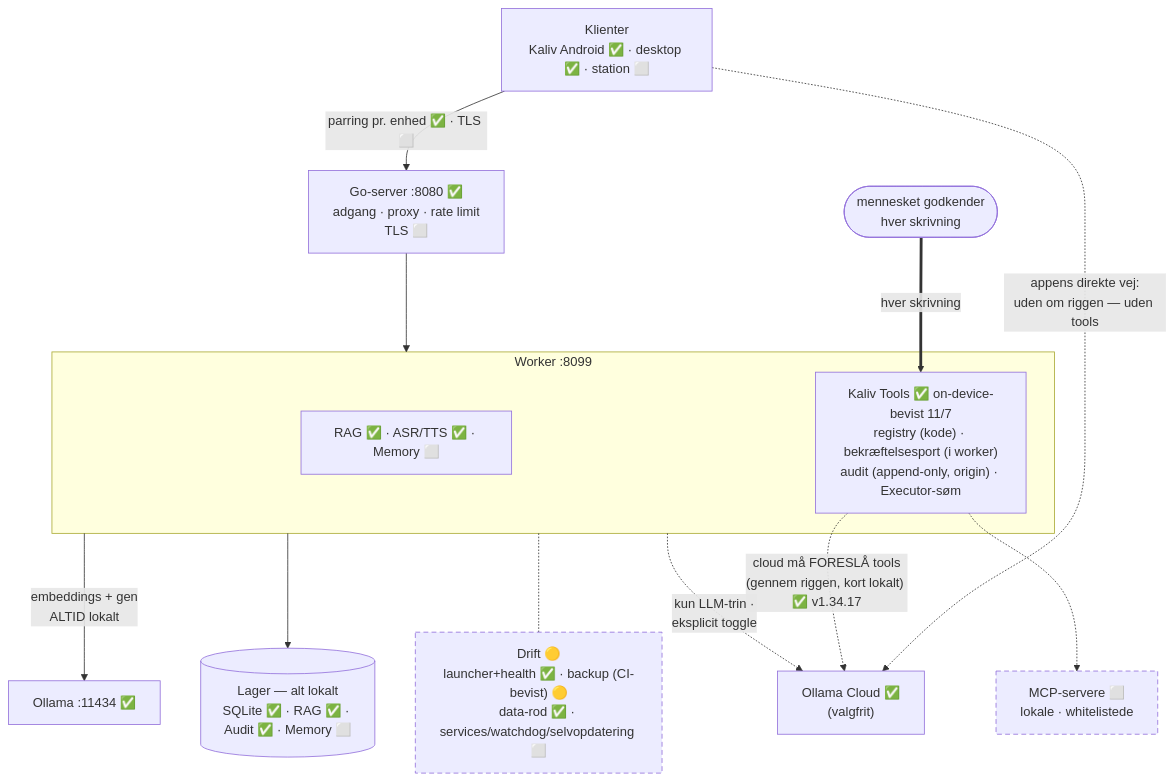
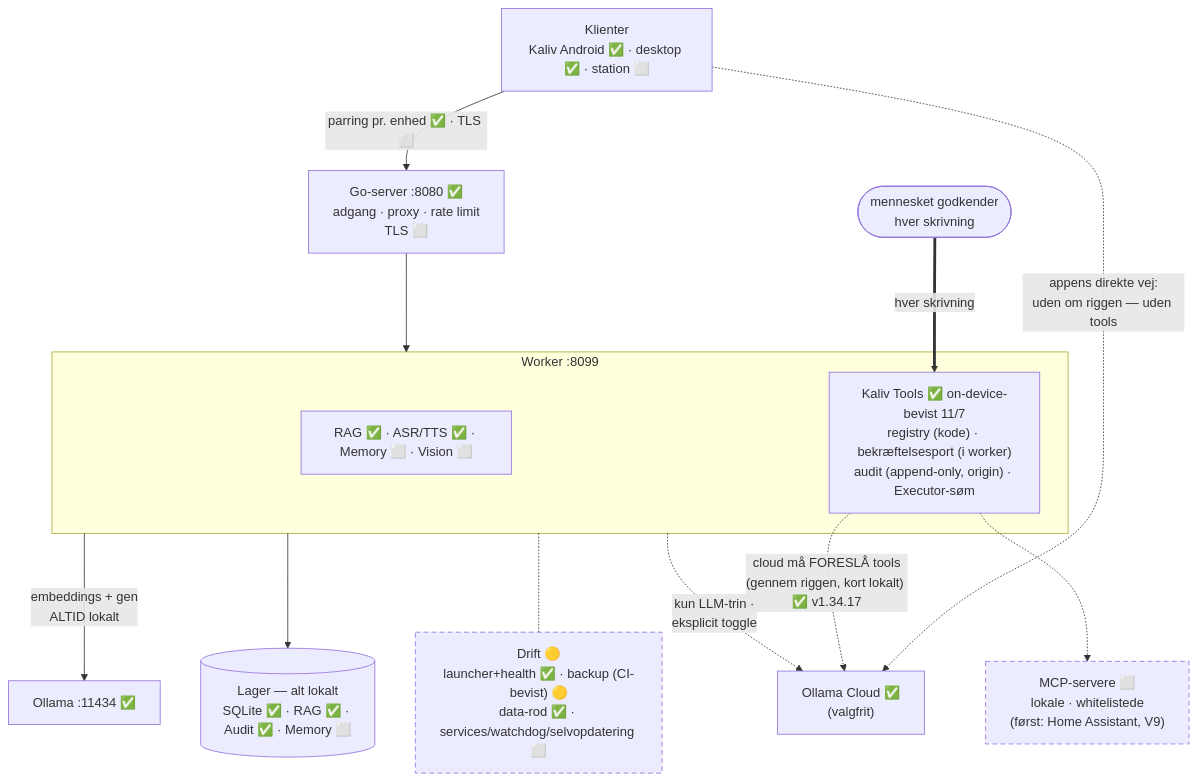
Before and after one commit to Ternedal/ModelRig: the second of 2 diagrams in ROADMAP.md, drawn with Mermaid. The commit also changed other lines of this file, not shown here.

````diff
--- a/ROADMAP.md
+++ b/ROADMAP.md
@@ -510,30 +654,30 @@
 ```mermaid
 flowchart TB
     Clients["Klienter<br/>Kaliv Android ✅ · desktop ✅ · station ⬜"]
     Go["Go-server :8080 ✅<br/>adgang · proxy · rate limit<br/>TLS ⬜"]
 
     subgraph W["Worker :8099"]
-        Core["RAG ✅ · ASR/TTS ✅ · Memory ⬜"]
+        Core["RAG ✅ · ASR/TTS ✅ · Memory ⬜ · Vision ⬜"]
         T["Kaliv Tools ✅ on-device-bevist 11/7<br/>registry (kode) · bekræftelsesport (i worker)<br/>audit (append-only, origin) · Executor-søm"]
     end
 
     Human(["mennesket godkender<br/>hver skrivning"])
-    MCP["MCP-servere ⬜<br/>lokale · whitelistede"]
+    MCP["MCP-servere ⬜<br/>lokale · whitelistede<br/>(først: Home Assistant, V9)"]
     OL["Ollama :11434 ✅"]
     OC["Ollama Cloud ✅<br/>(valgfrit)"]
     Lager[("Lager — alt lokalt<br/>SQLite ✅ · RAG ✅ · Audit ✅ · Memory ⬜")]
     Drift["Drift 🟡<br/>launcher+health ✅ · backup (CI-bevist) 🟡<br/>data-rod ✅ · services/watchdog/selvopdatering ⬜"]
 
     Clients -- "parring pr. enhed ✅ · TLS ⬜" --> Go --> W
     Clients -. "appens direkte vej:<br/>uden om riggen — uden tools" .-> OC
     T -. "cloud må FORESLÅ tools<br/>(gennem riggen, kort lokalt) ✅ v1.34.17" .-> OC
     Human == "hver skrivning" ==> T
     T -.-> MCP
     W -- "embeddings + gen<br/>ALTID lokalt" --> OL
     W -. "kun LLM-trin ·<br/>eksplicit toggle" .-> OC
     W --> Lager
     W -.- Drift
 
     classDef plan stroke-dasharray: 6 4;
     class MCP,Drift plan;
 ```
````
